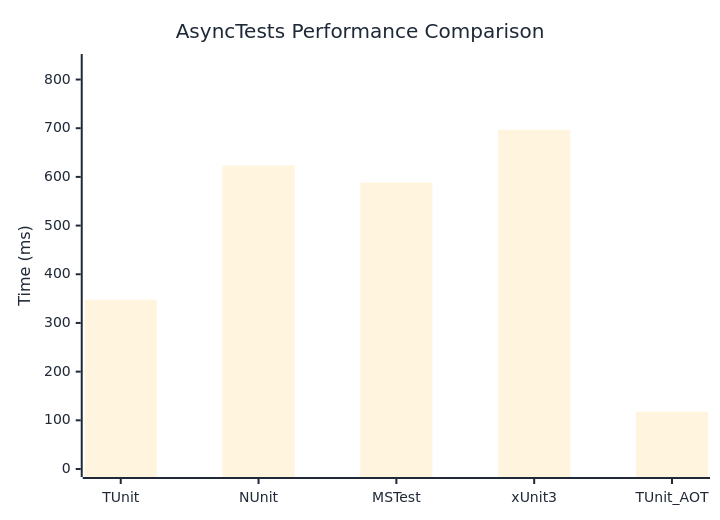
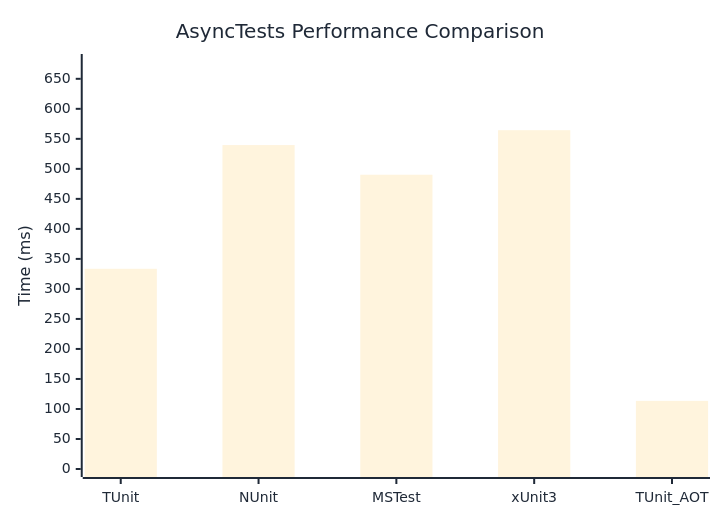
Before and after one commit to thomhurst/TUnit: the diagram in docs/docs/benchmarks/engine/AsyncTests.md, drawn with Mermaid. The commit also changed other lines of this file and 17 other files, not shown here.

````diff
--- a/docs/docs/benchmarks/engine/AsyncTests.md
+++ b/docs/docs/benchmarks/engine/AsyncTests.md
@@ -29,37 +29,37 @@
 ```mermaid
 %%{init: {
   'theme':'base',
   'themeVariables': {
     'primaryColor': '#2563eb',
     'primaryTextColor': '#1f2937',
     'primaryBorderColor': '#1e40af',
     'lineColor': '#6b7280',
     'secondaryColor': '#7c3aed',
     'tertiaryColor': '#dc2626',
     'background': '#ffffff',
     'mainBkg': '#2563eb',
     'secondBkg': '#7c3aed',
     'tertiaryBkg': '#dc2626',
     'clusterBkg': '#f3f4f6',
     'edgeLabelBackground': '#ffffff',
     'tertiaryTextColor': '#1f2937',
     'pie1': '#2563eb',
     'pie2': '#7c3aed',
     'pie3': '#dc2626',
     'pie4': '#f59e0b',
     'pie5': '#10b981',
     'pie6': '#06b6d4',
     'pie7': '#ec4899',
     'pie8': '#6366f1',
     'pie9': '#84cc16',
     'pie10': '#f97316',
     'pie11': '#14b8a6',
     'pie12': '#a855f7'
   }
 }}%%
 xychart-beta
   title "AsyncTests Performance Comparison"
   x-axis ["TUnit", "NUnit", "MSTest", "xUnit3", "TUnit_AOT"]
-  y-axis "Time (ms)" 0 --> 836
-  bar [347.7, 623.8, 588.5, 696.6, 117.9]
+  y-axis "Time (ms)" 0 --> 678
+  bar [333.5, 539.6, 490.2, 564.4, 113.5]
 ```
````
